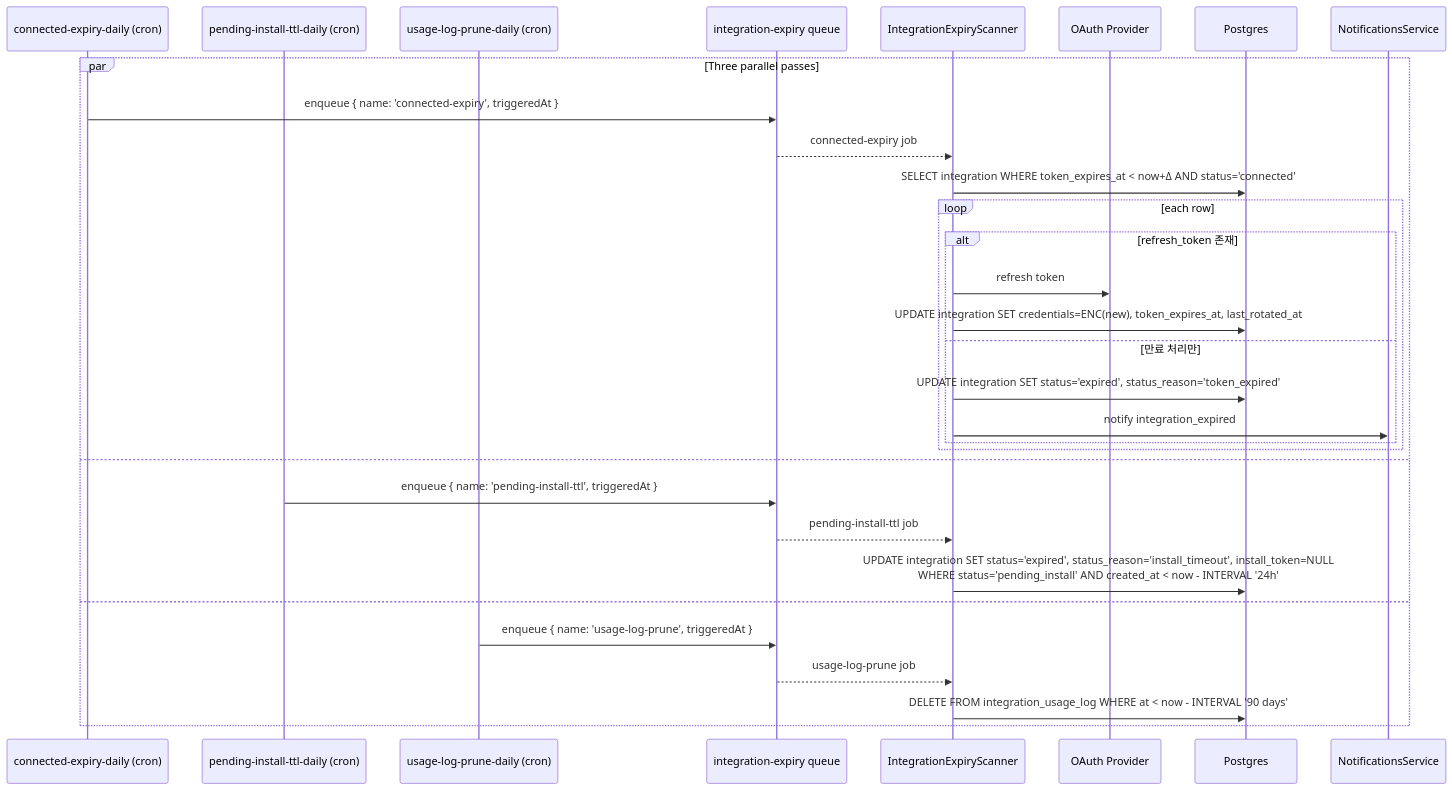
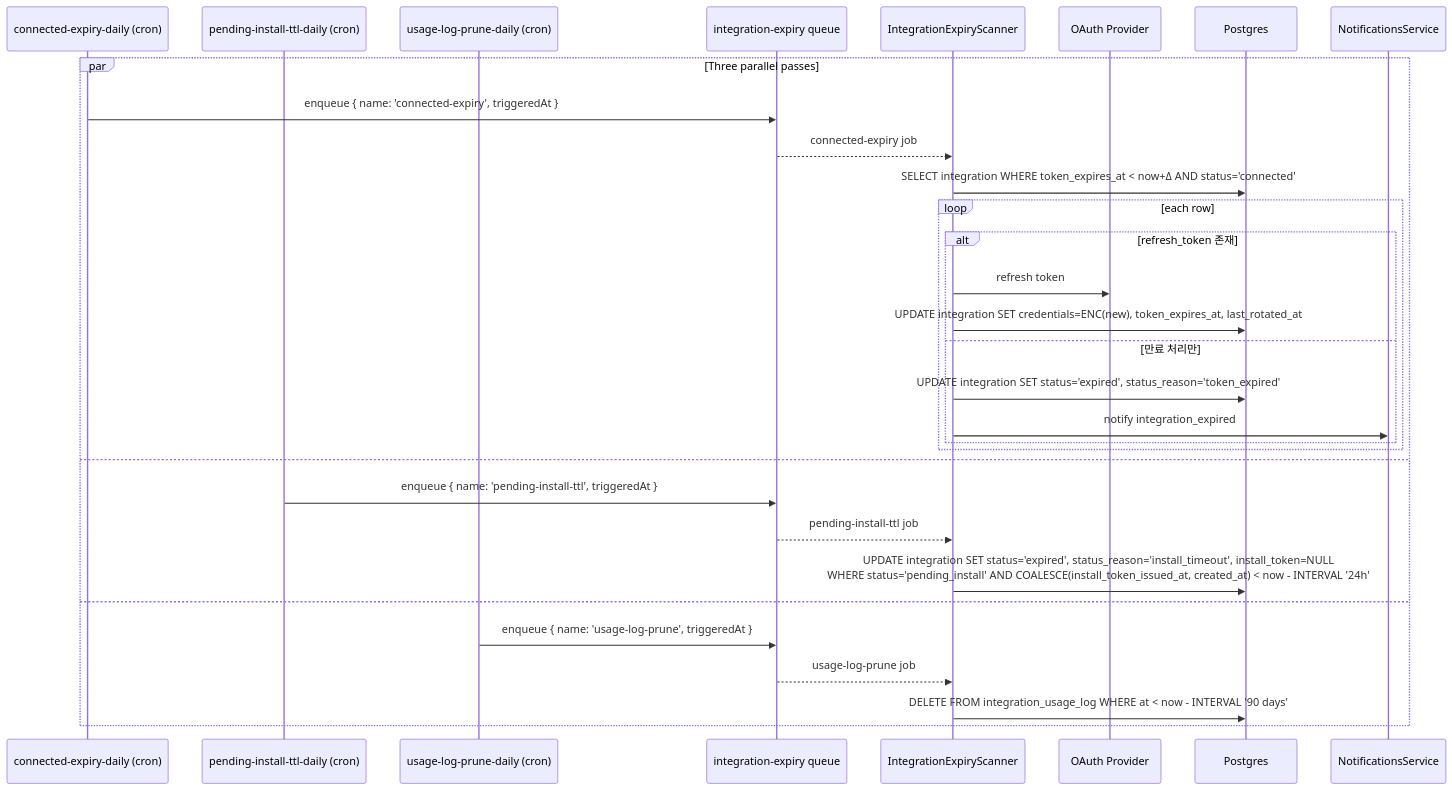
Before and after one commit to worker-ants/clemvion: the fifth of 6 diagrams in spec/data-flow/integration.md, drawn with Mermaid. The commit also changed other lines of this file and 25 other files, not shown here.

First line of the commit message:
refactor(integration): cafe24 install_token_issued_at + mall_id plain column (TTL 분리 / TOCTOU SQL UNIQUE 강제)

````diff
--- a/spec/data-flow/integration.md
+++ b/spec/data-flow/integration.md
@@ -138,34 +138,34 @@
 ```mermaid
 sequenceDiagram
   participant CE as connected-expiry-daily (cron)
   participant PT as pending-install-ttl-daily (cron)
   participant UP as usage-log-prune-daily (cron)
   participant Q as integration-expiry queue
   participant Scan as IntegrationExpiryScanner
   participant Prov as OAuth Provider
   participant PG as Postgres
   participant Noti as NotificationsService
 
   par Three parallel passes
     CE->>Q: enqueue { name: 'connected-expiry', triggeredAt }
     Q-->>Scan: connected-expiry job
     Scan->>PG: SELECT integration WHERE token_expires_at < now+Δ AND status='connected'
     loop each row
       alt refresh_token 존재
         Scan->>Prov: refresh token
         Scan->>PG: UPDATE integration SET credentials=ENC(new), token_expires_at, last_rotated_at
       else 만료 처리만
         Scan->>PG: UPDATE integration SET status='expired', status_reason='token_expired'
         Scan->>Noti: notify integration_expired
       end
     end
   and
     PT->>Q: enqueue { name: 'pending-install-ttl', triggeredAt }
     Q-->>Scan: pending-install-ttl job
-    Scan->>PG: UPDATE integration SET status='expired', status_reason='install_timeout', install_token=NULL<br/>WHERE status='pending_install' AND created_at < now - INTERVAL '24h'
+    Scan->>PG: UPDATE integration SET status='expired', status_reason='install_timeout', install_token=NULL<br/>WHERE status='pending_install' AND COALESCE(install_token_issued_at, created_at) < now - INTERVAL '24h'
   and
     UP->>Q: enqueue { name: 'usage-log-prune', triggeredAt }
     Q-->>Scan: usage-log-prune job
     Scan->>PG: DELETE FROM integration_usage_log WHERE at < now - INTERVAL '90 days'
   end
 ```
````
